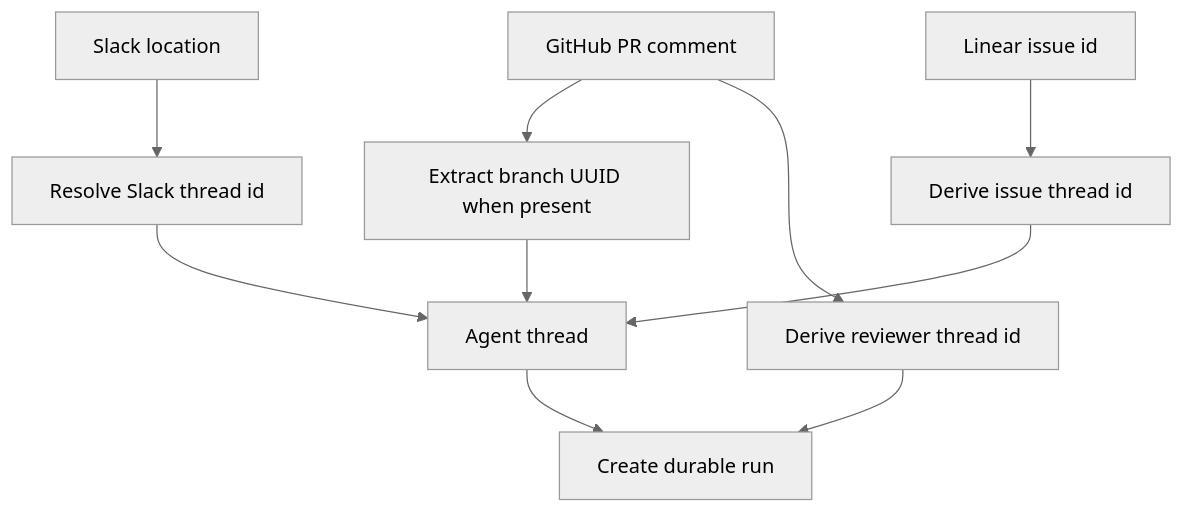
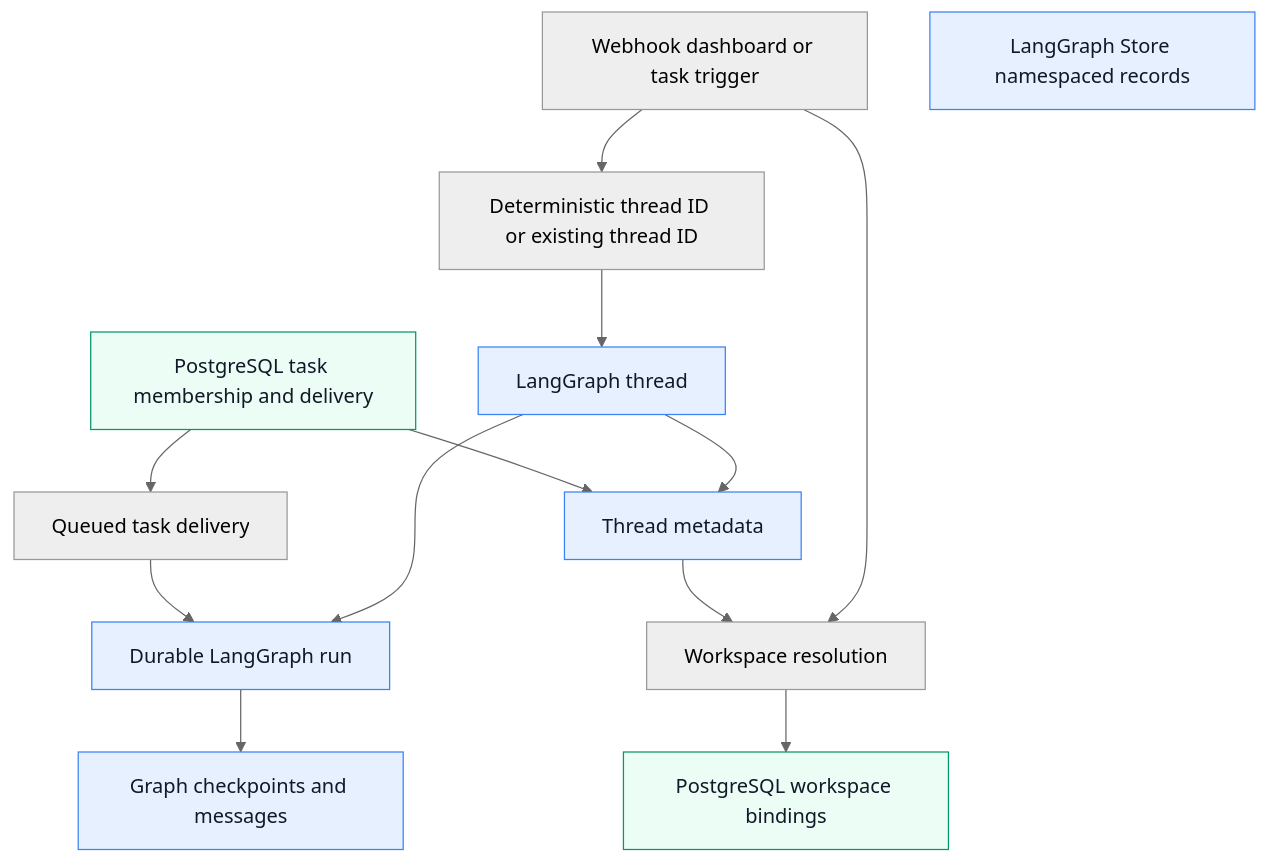
The diagram in openwiki/concepts/threads-and-state.md (langchain-ai/open-swe), drawn with Mermaid (neutral theme) before and after one commit. The commit also changed other lines of this file and 55 other files, not shown here.

````diff
--- a/openwiki/concepts/threads-and-state.md
+++ b/openwiki/concepts/threads-and-state.md
@@ -77,12 +41,20 @@
 ```mermaid
 flowchart TD
-  Slack["Slack location"] --> SlackID["Resolve Slack thread id"]
-  Linear["Linear issue id"] --> LinearID["Derive issue thread id"]
-  PR["GitHub PR comment"] --> Branch["Extract branch UUID when present"]
-  Branch --> AgentThread["Agent thread"]
-  SlackID --> AgentThread
-  LinearID --> AgentThread
-  PR --> Reviewer["Derive reviewer thread id"]
-  AgentThread --> Run["Create durable run"]
-  Reviewer --> Run
+  Trigger["Webhook dashboard or task trigger"] --> Identity["Deterministic thread ID or existing thread ID"]
+  Identity --> LGThread["LangGraph thread"]
+  Trigger --> Route["Workspace resolution"]
+  Route --> WorkspaceDB["PostgreSQL workspace bindings"]
+  LGThread --> Run["Durable LangGraph run"]
+  Run --> Checkpoint["Graph checkpoints and messages"]
+  LGThread --> Metadata["Thread metadata"]
+  TaskDB["PostgreSQL task membership and delivery"] --> TaskRun["Queued task delivery"]
+  TaskRun --> Run
+  TaskDB --> Metadata
+  Metadata --> Route
+  LGStore["LangGraph Store namespaced records"]
+
+  classDef lg fill:#e7f0ff,stroke:#3b82f6,color:#111827
+  classDef pg fill:#ecfdf5,stroke:#059669,color:#111827
+  class LGThread,Run,Checkpoint,Metadata,LGStore lg
+  class WorkspaceDB,TaskDB pg
 ```
````
